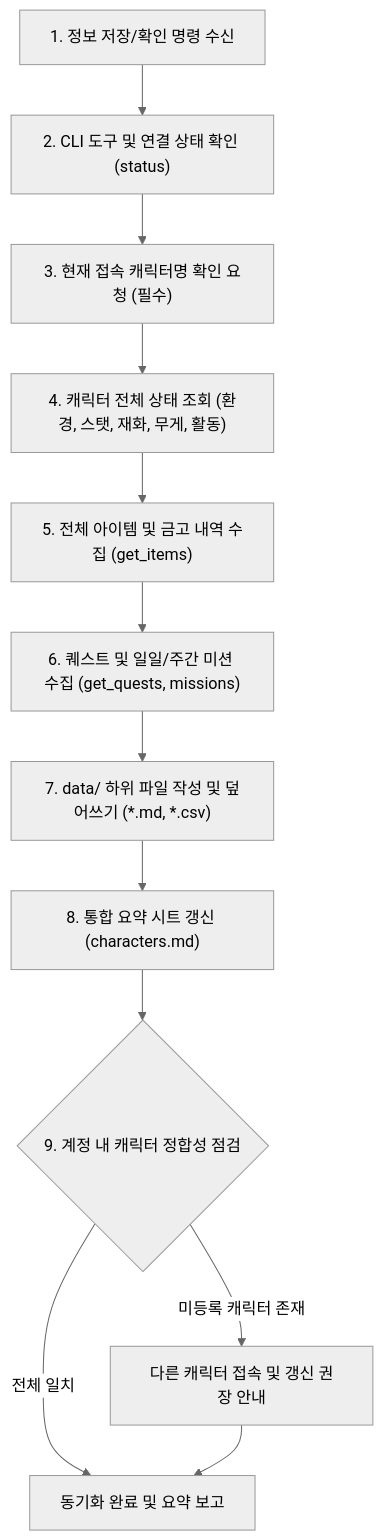
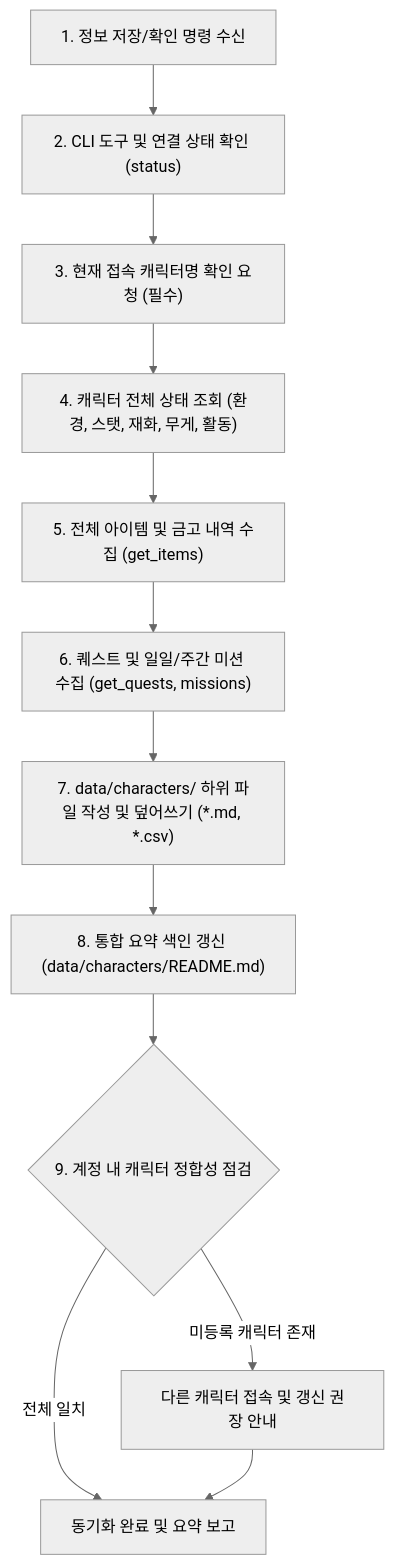
Before and after one commit to ernest6164/mobi-helper: the first of 3 diagrams in references/workflows.md, drawn with Mermaid (neutral theme). The commit also changed other lines of this file and 7 other files, not shown here.

First line of the commit message:
feat: 챗봇 워크플로우 및 채팅 규칙 추가, 캐릭터 디렉토리 구조 개편

````diff
--- a/references/workflows.md
+++ b/references/workflows.md
@@ -18,14 +19,14 @@
 ```mermaid
 flowchart TD
     Start["1. 정보 저장/확인 명령 수신"] --> CheckConn["2. CLI 도구 및 연결 상태 확인 (status)"]
     CheckConn --> AskChar["3. 현재 접속 캐릭터명 확인 요청 (필수)"]
     AskChar --> FetchAllState["4. 캐릭터 전체 상태 조회 (환경, 스탯, 재화, 무게, 활동)"]
     FetchAllState --> FetchItems["5. 전체 아이템 및 금고 내역 수집 (get_items)"]
     FetchItems --> FetchQuests["6. 퀘스트 및 일일/주간 미션 수집 (get_quests, missions)"]
-    FetchQuests --> WriteFiles["7. data/ 하위 파일 작성 및 덮어쓰기 (*.md, *.csv)"]
-    WriteFiles --> UpdateSummary["8. 통합 요약 시트 갱신 (characters.md)"]
+    FetchQuests --> WriteFiles["7. data/characters/ 하위 파일 작성 및 덮어쓰기 (*.md, *.csv)"]
+    WriteFiles --> UpdateSummary["8. 통합 요약 색인 갱신 (data/characters/README.md)"]
     UpdateSummary --> CheckConsistency{"9. 계정 내 캐릭터 정합성 점검"}
     CheckConsistency -- "미등록 캐릭터 존재" --> SuggestSwitch["다른 캐릭터 접속 및 갱신 권장 안내"]
     CheckConsistency -- "전체 일치" --> Finish["동기화 완료 및 요약 보고"]
     SuggestSwitch --> Finish
 ```
````
